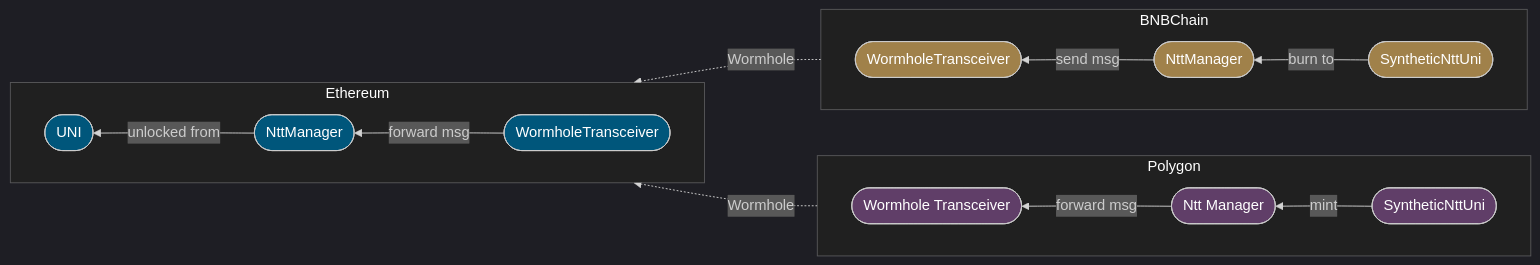
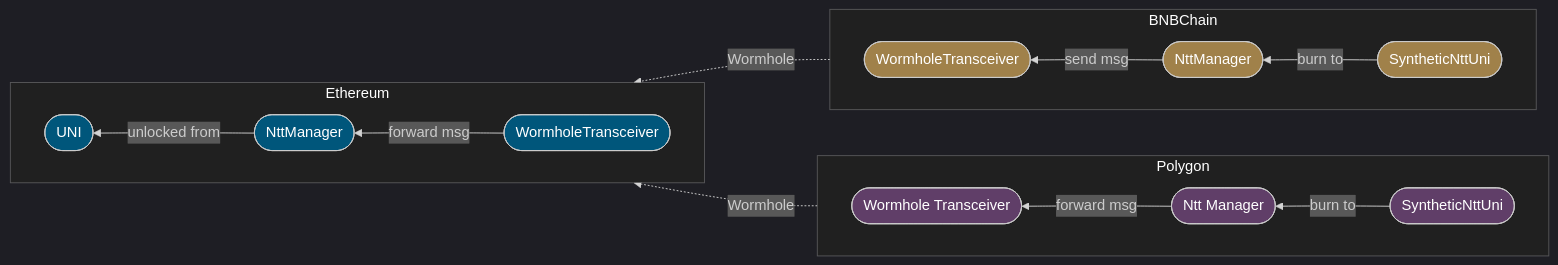
One commit to Uniswap/protocol-fees changed the fifth of 9 diagrams in script/proposal-4/Index.md. Above: the diagram before and after it, drawn with Mermaid. The commit also changed other lines of this file and 8 other files, not shown here.

````diff
--- a/script/proposal-4/Index.md
+++ b/script/proposal-4/Index.md
@@ -301,47 +301,47 @@
 ```mermaid
 ---
 config:
     theme: 'dark'
 ---
 flowchart RL
     WormholeTransceiverETH([WormholeTransceiver]):::on_eth
     NttManagerETH([NttManager]):::on_eth
     UNIETH([UNI]):::on_eth
     WormholeTransceiverBNB([WormholeTransceiver]):::on_bnb
     NttManagerBNB([NttManager]):::on_bnb
     UNIBNB([SyntheticNttUni]):::on_bnb
     WormholeTransceiverPOL([Wormhole Transceiver]):::on_pol
     NttManagerPOL([Ntt Manager]):::on_pol
     UNIPOL([SyntheticNttUni]):::on_pol
 
     subgraph Ethereum
         direction RL
         WormholeTransceiverETH -->|forward msg| NttManagerETH
         NttManagerETH -->|unlocked from| UNIETH
     end
 
     BNBChain -.->|Wormhole| Ethereum
 
     subgraph BNBChain
         direction RL
         UNIBNB -->|burn to| NttManagerBNB
         NttManagerBNB -->|send msg| WormholeTransceiverBNB
     end
 
     Polygon -.->|Wormhole| Ethereum
 
     subgraph Polygon
         direction RL
-        UNIPOL -->|mint| NttManagerPOL
+        UNIPOL -->|burn to| NttManagerPOL
         NttManagerPOL -->|forward msg| WormholeTransceiverPOL
     end
 
     Ethereum:::sub
     BNBChain:::sub
     Polygon:::sub
 
     classDef on_bnb fill:#a0814a,color:#fff
     classDef on_eth fill:#00567b,color:#fff
     classDef on_pol fill:#603e68,color:#fff
     classDef sub fill:#202020,color:#fff
 ```
````
